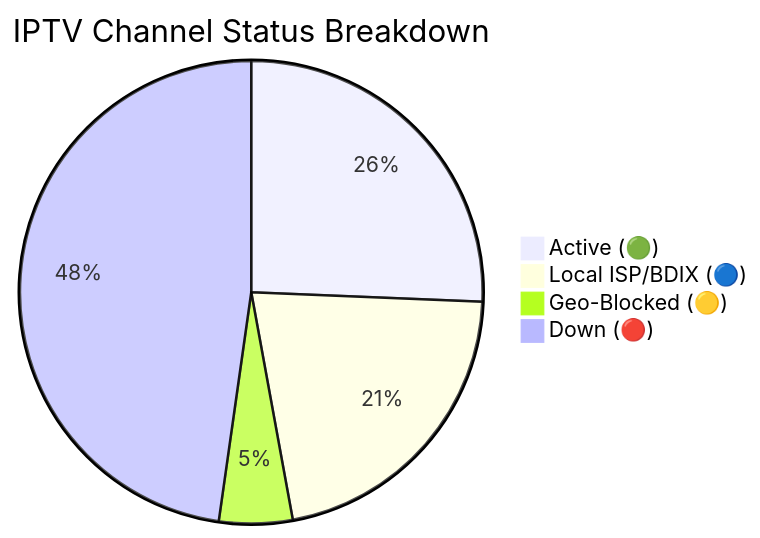
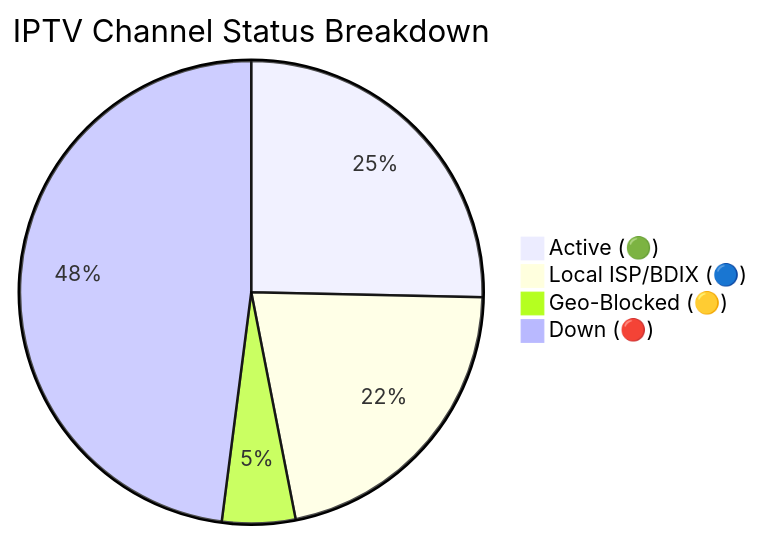
Before and after one commit to Zaman-Topu/Ip-tv-Collection: the diagram in README.md, drawn with Mermaid. The commit also changed other lines of this file and 6 other files, not shown here.

````diff
--- a/README.md
+++ b/README.md
@@ -118,7 +118,7 @@
 ```mermaid
 pie title IPTV Channel Status Breakdown
-    "Active (🟢)" : 10715
+    "Active (🟢)" : 10533
     "Local ISP/BDIX (🔵)" : 8965
-    "Geo-Blocked (🟡)" : 2140
-    "Down (🔴)" : 19944
+    "Geo-Blocked (🟡)" : 2127
+    "Down (🔴)" : 19930
 ```
````
